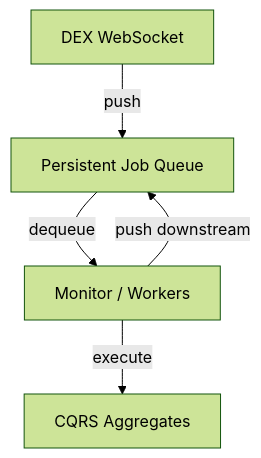
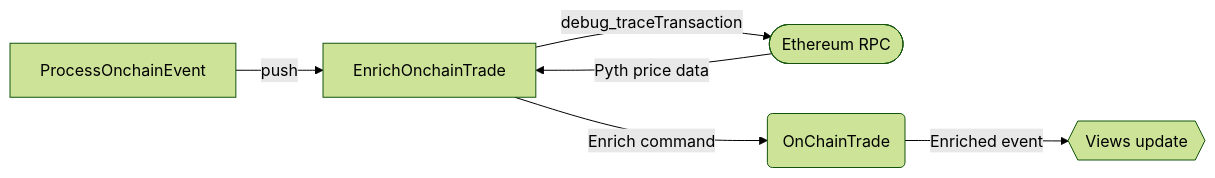
One commit to ST0x-Technology/st0x.liquidity changed the third of 13 diagrams in SPEC.md. Above: the diagram before and after it, drawn with Mermaid (forest theme). The commit also changed other lines of this file, not shown here.

````diff
--- a/SPEC.md
+++ b/SPEC.md
@@ -277,7 +271,8 @@
 ```mermaid
-graph TD
-    WS[DEX WebSocket] -->|push| Q[Persistent Job Queue]
-    Q -->|dequeue| W[Monitor / Workers]
-    W -->|execute| CQRS[CQRS Aggregates]
-    W -->|push downstream| Q
+graph LR
+    POE[ProcessOnchainEvent] -->|push| EOT[EnrichOnchainTrade]
+    EOT -->|debug_traceTransaction| RPC([Ethereum RPC])
+    RPC -->|Pyth price data| EOT
+    EOT -->|Enrich command| OT(OnChainTrade)
+    OT -->|Enriched event| V{{Views update}}
 ```
````
